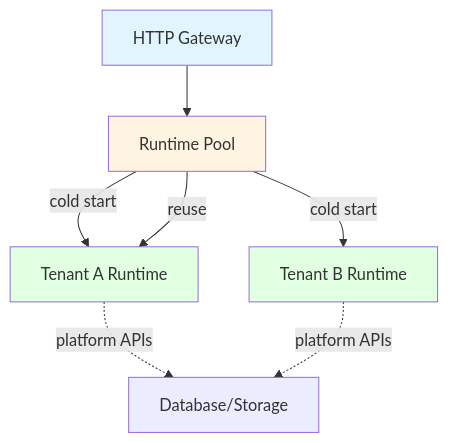
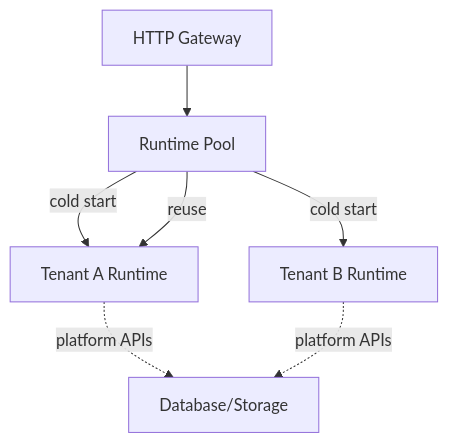
One commit to mikz/jsrun changed the diagram in docs/use-cases/serverless-runtime.md. Above: the diagram before and after it, drawn with Mermaid. The commit also changed 11 other files, not shown here.

````diff
--- a/docs/use-cases/serverless-runtime.md
+++ b/docs/use-cases/serverless-runtime.md
@@ -17,16 +17,11 @@
 ```mermaid
 graph TB
     API[HTTP Gateway] --> POOL[Runtime Pool]
 
     POOL -->|cold start| RT1[Tenant A Runtime]
     POOL -->|reuse| RT1
     POOL -->|cold start| RT2[Tenant B Runtime]
 
     RT1 -.->|platform APIs| APIS[Database/Storage]
     RT2 -.->|platform APIs| APIS
-
-    style API fill:#e1f5ff
-    style POOL fill:#fff4e1
-    style RT1 fill:#e1ffe1
-    style RT2 fill:#e1ffe1
 ```
````
